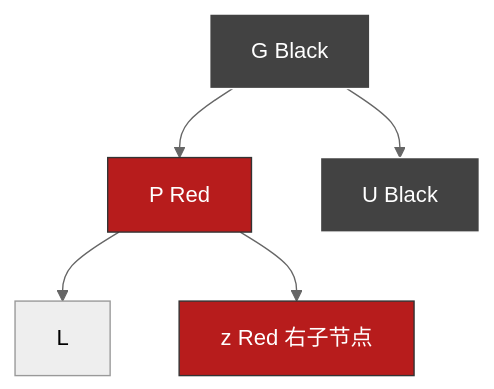
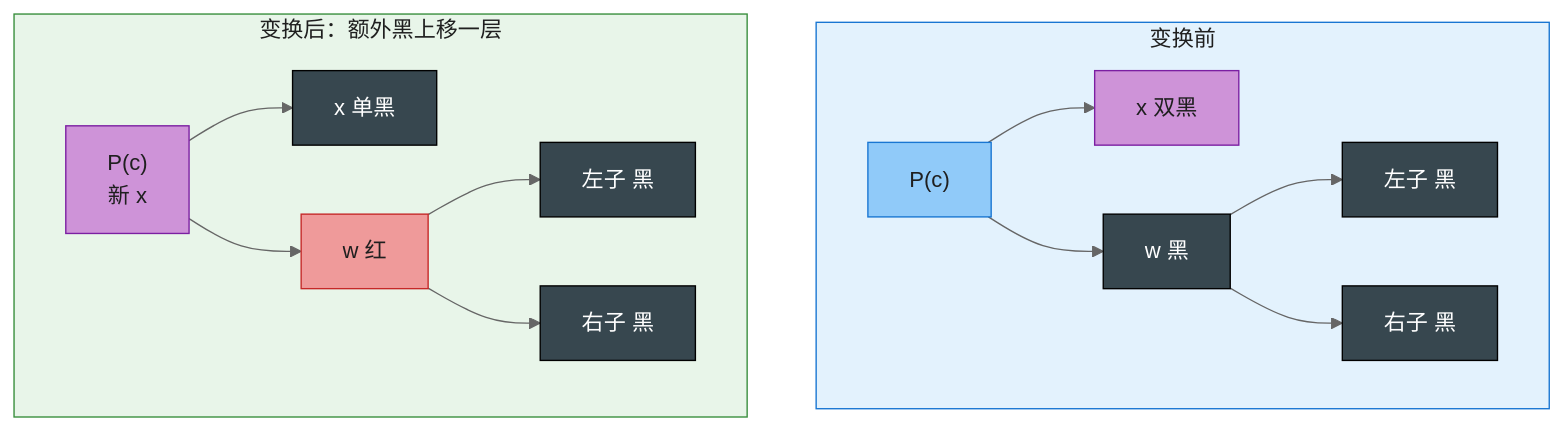
One commit to socoo123/book_reading changed the tenth of 13 diagrams in IntroductionToAlgorithms/Chapter13_红黑树_深度版.md. Above: the diagram before and after it, drawn with Mermaid (neutral theme). The commit also changed other lines of this file and 30 other files, not shown here.

````diff
--- a/IntroductionToAlgorithms/Chapter13_红黑树_深度版.md
+++ b/IntroductionToAlgorithms/Chapter13_红黑树_深度版.md
@@ -530,12 +425,26 @@
 ```mermaid
-flowchart TD
-    G["G Black"] --> P["P Red"]
-    G --> U["U Black"]
-    P --> L["L"]
-    P --> z["z Red 右子节点"]
-
-    style G fill:#424242,stroke:#fff,color:#fff
-    style P fill:#b71c1c,stroke:#333,color:#fff
-    style U fill:#424242,stroke:#fff,color:#fff
-    style z fill:#b71c1c,stroke:#333,color:#fff
+graph TD
+    subgraph S1["变换前"]
+      p1["P(c)"] --> x1["x 双黑"]
+      p1 --> w1["w 黑"]
+      w1 --> cl1["左子 黑"]
+      w1 --> d1["右子 黑"]
+    end
+    subgraph S2["变换后：额外黑上移一层"]
+      p2["P(c)<br/>新 x"] --> x2["x 单黑"]
+      p2 --> w2["w 红"]
+      w2 --> cl2["左子 黑"]
+      w2 --> d2["右子 黑"]
+    end
+    style S1 fill:#E3F2FD,stroke:#1976D2,color:#1f1f1f
+    style S2 fill:#E8F5E9,stroke:#388E3C,color:#1f1f1f
+    classDef B fill:#37474F,stroke:#000,color:#fff
+    classDef R fill:#EF9A9A,stroke:#C62828,color:#1f1f1f
+    classDef C fill:#90CAF9,stroke:#1976D2,color:#1f1f1f
+    classDef XX fill:#CE93D8,stroke:#7B1FA2,color:#1f1f1f
+    class p1 C
+    class p2 XX
+    class x1 XX
+    class w2 R
+    class w1,cl1,d1,x2,cl2,d2 B
 ```
````
